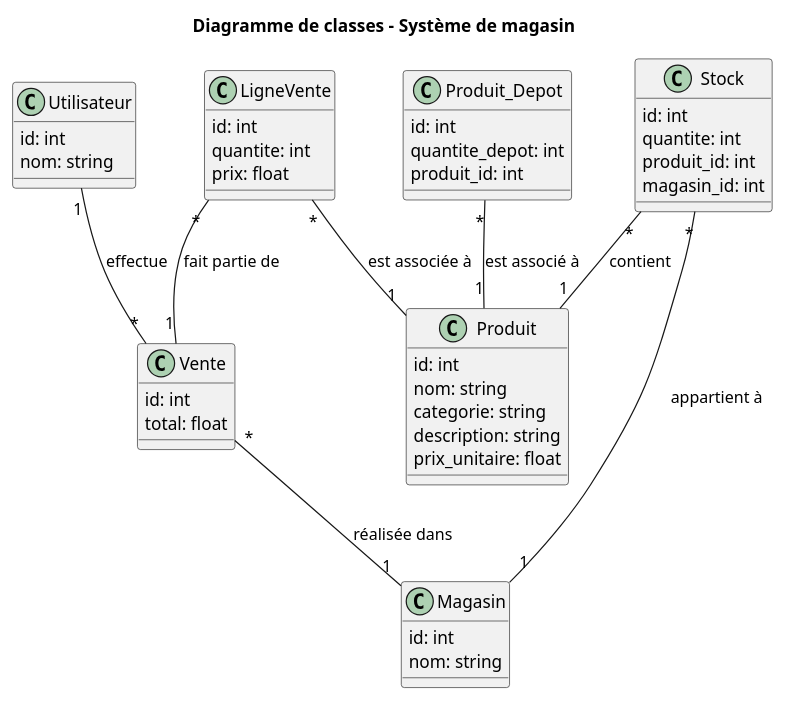
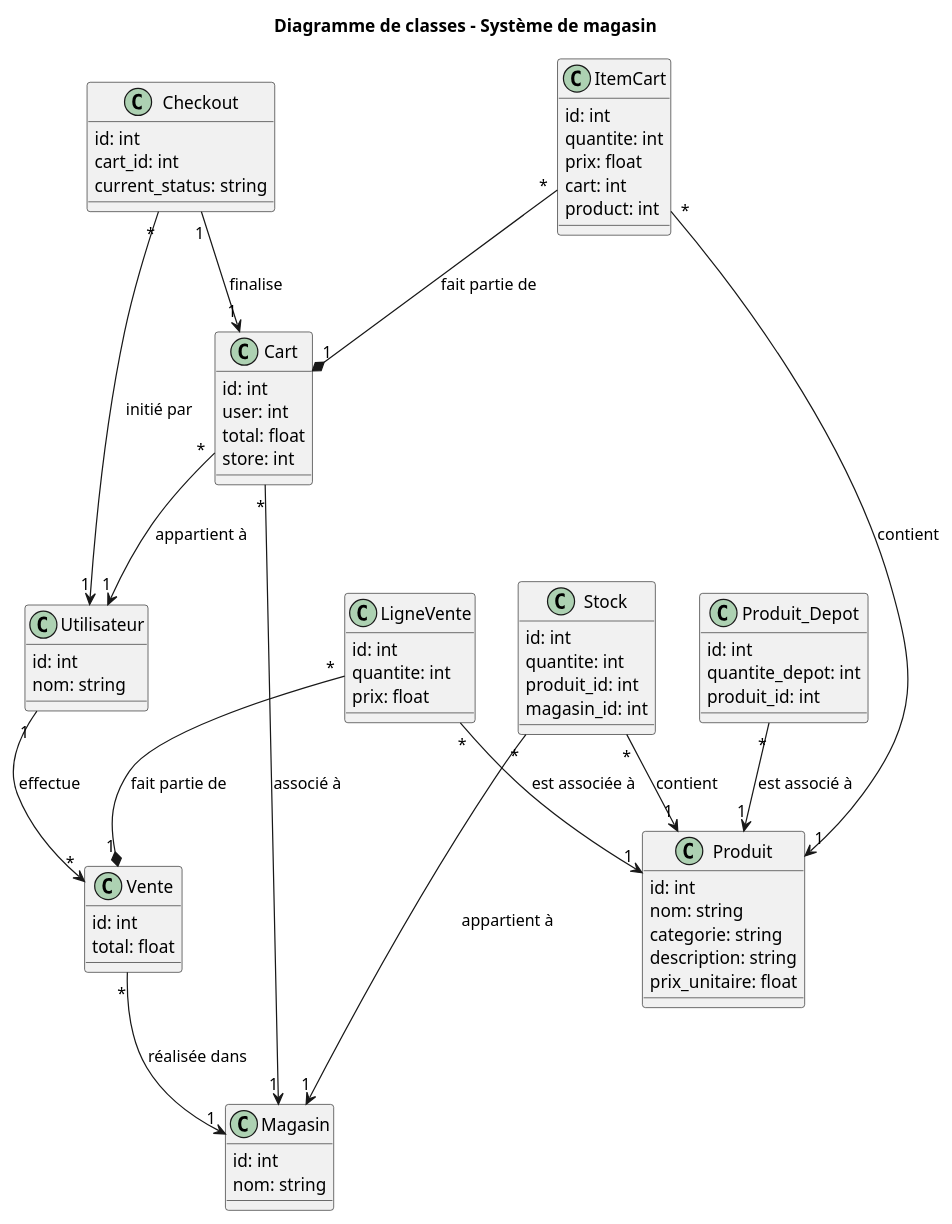
The diagram in docs/diagrams/class_diagram.puml (LojanArunasalam/LOG430-Lab5), drawn with PlantUML before and after one commit. The commit also changed 14 other files, not shown here.

```diff
--- a/docs/diagrams/class_diagram.puml
+++ b/docs/diagrams/class_diagram.puml
@@ -1,56 +1,86 @@
 @startuml
 
 title Diagramme de classes - Système de magasin
 
 class Produit {
   id: int
   nom: string
   categorie: string
   description: string
   prix_unitaire: float
 }
 
 class Vente {
   id: int
   total: float
 }
 
 class LigneVente {
   id: int
   quantite: int
   prix: float
 }
 
 class Utilisateur {
   id: int
   nom: string
 }
 
 class Stock { 
   id: int 
   quantite: int
   produit_id: int
   magasin_id: int
 }
 
 class Magasin { 
   id: int
   nom: string
 }
 
 class Produit_Depot { 
   id: int
   quantite_depot: int
   produit_id: int
 }
 
+class Cart {
+  id: int
+  user: int 
+  total: float
+  store: int
+}
+
+class ItemCart {
+  id: int
+  quantite: int
+  prix: float
+  cart: int
+  product: int
+}
+
+class Checkout { 
+  id: int
+  cart_id: int
+  current_status: string
+}
+
+
 ' Relations entre classes
-LigneVente "*" -- "1" Produit: est associée à
-LigneVente "*" -- "1" Vente: fait partie de
-Stock "*" -- "1" Produit: contient
-Stock "*" -- "1" Magasin: appartient à
-Vente "*" -- "1" Magasin: réalisée dans
-Utilisateur "1" -- "*" Vente: effectue
-Produit_Depot "*" -- "1" Produit: est associé à
+LigneVente "*" --> "1" Produit: est associée à
+LigneVente "*" --* "1" Vente: fait partie de
+Stock "*" --> "1" Produit: contient
+Stock "*" --> "1" Magasin: appartient à
+Vente "*" --> "1" Magasin: réalisée dans
+Utilisateur "1" --> "*" Vente: effectue
+Produit_Depot "*" --> "1" Produit: est associé à
+
+' Relations pour les nouvelles classes
+Cart "*" --> "1" Utilisateur: appartient à
+Cart "*" --> "1" Magasin: associé à
+ItemCart "*" --* "1" Cart: fait partie de
+ItemCart "*" --> "1" Produit: contient
+Checkout "1" --> "1" Cart: finalise
+Checkout "*" --> "1" Utilisateur: initié par
 
 @enduml
```
